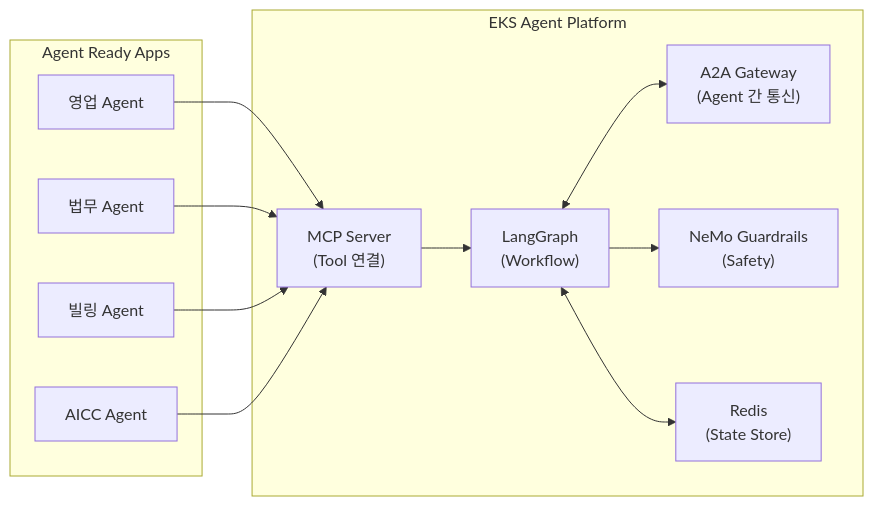
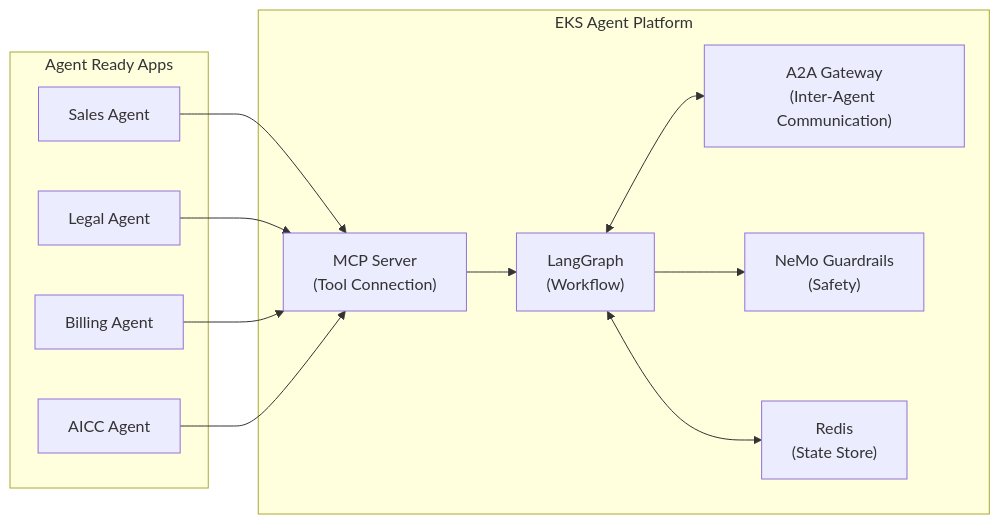
One commit to devfloor9/engineering-playbook changed the fifth of 11 diagrams in i18n/en/docusaurus-plugin-content-docs/current/agentic-ai-platform/design-architecture/agentic-ai-solutions-eks.md. Above: the diagram before and after it, drawn with Mermaid. The commit also changed other lines of this file and 16 other files, not shown here.

````diff
--- a/i18n/en/docusaurus-plugin-content-docs/current/agentic-ai-platform/design-architecture/agentic-ai-solutions-eks.md
+++ b/i18n/en/docusaurus-plugin-content-docs/current/agentic-ai-platform/design-architecture/agentic-ai-solutions-eks.md
@@ -358,23 +358,23 @@
 ```mermaid
 flowchart LR
     subgraph "Agent Ready Apps"
-        SALES["영업 Agent"]
-        LEGAL["법무 Agent"]
-        BILLING["빌링 Agent"]
+        SALES["Sales Agent"]
+        LEGAL["Legal Agent"]
+        BILLING["Billing Agent"]
         AICC["AICC Agent"]
     end
 
     subgraph "EKS Agent Platform"
-        MCP["MCP Server<br/>(Tool 연결)"]
-        A2A["A2A Gateway<br/>(Agent 간 통신)"]
+        MCP["MCP Server<br/>(Tool Connection)"]
+        A2A["A2A Gateway<br/>(Inter-Agent Communication)"]
         LG["LangGraph<br/>(Workflow)"]
         GUARD["NeMo Guardrails<br/>(Safety)"]
         REDIS["Redis<br/>(State Store)"]
     end
 
     SALES & LEGAL & BILLING & AICC --> MCP
     MCP --> LG
     LG --> GUARD
     LG <--> REDIS
     LG <--> A2A
 ```
````
